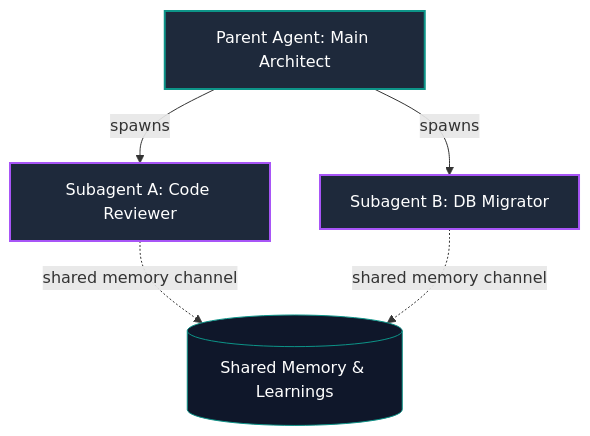
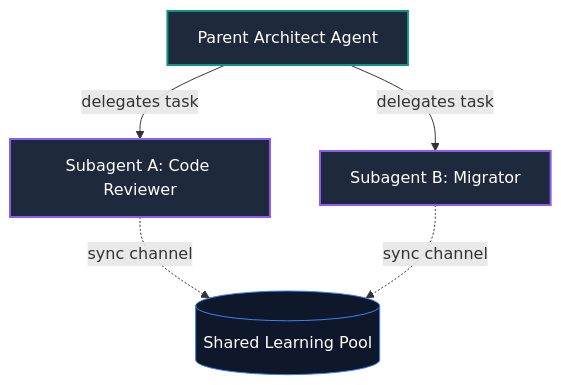
Before and after one commit to Kobo-Scintilla/stratum: the third of 4 diagrams in README.md, drawn with Mermaid. The commit also changed other lines of this file, not shown here.

Commit message:
docs: rewrite README with factual description, multiple Mermaid diagrams, correct Mirage VFS, and dedicated WIP section

````diff
--- a/README.md
+++ b/README.md
@@ -66,13 +65,13 @@
 ```mermaid
 graph TD
-    ParentAgent["Parent Agent: Main Architect"] -->|spawns| SubAgent1["Subagent A: Code Reviewer"]
-    ParentAgent -->|spawns| SubAgent2["Subagent B: DB Migrator"]
+    Parent["Parent Architect Agent"] -->|delegates task| ChildA["Subagent A: Code Reviewer"]
+    Parent -->|delegates task| ChildB["Subagent B: Migrator"]
     
-    SubAgent1 -.->|shared memory channel| SharedMem[(Shared Memory & Learnings)]
-    SubAgent2 -.->|shared memory channel| SharedMem
+    ChildA -.->|sync channel| Shared[(Shared Learning Pool)]
+    ChildB -.->|sync channel| Shared
     
-    style ParentAgent fill:#1e293b,stroke:#0d9488,stroke-width:2px,color:#fff
-    style SubAgent1 fill:#1e293b,stroke:#a855f7,stroke-width:2px,color:#fff
-    style SubAgent2 fill:#1e293b,stroke:#a855f7,stroke-width:2px,color:#fff
-    style SharedMem fill:#0f172a,stroke:#0d9488,stroke-width:1px,color:#fff
+    style Parent fill:#1e293b,stroke:#0d9488,stroke-width:2px,color:#fff
+    style ChildA fill:#1e293b,stroke:#8b5cf6,stroke-width:2px,color:#fff
+    style ChildB fill:#1e293b,stroke:#8b5cf6,stroke-width:2px,color:#fff
+    style Shared fill:#0f172a,stroke:#3b82f6,color:#fff
 ```
````
